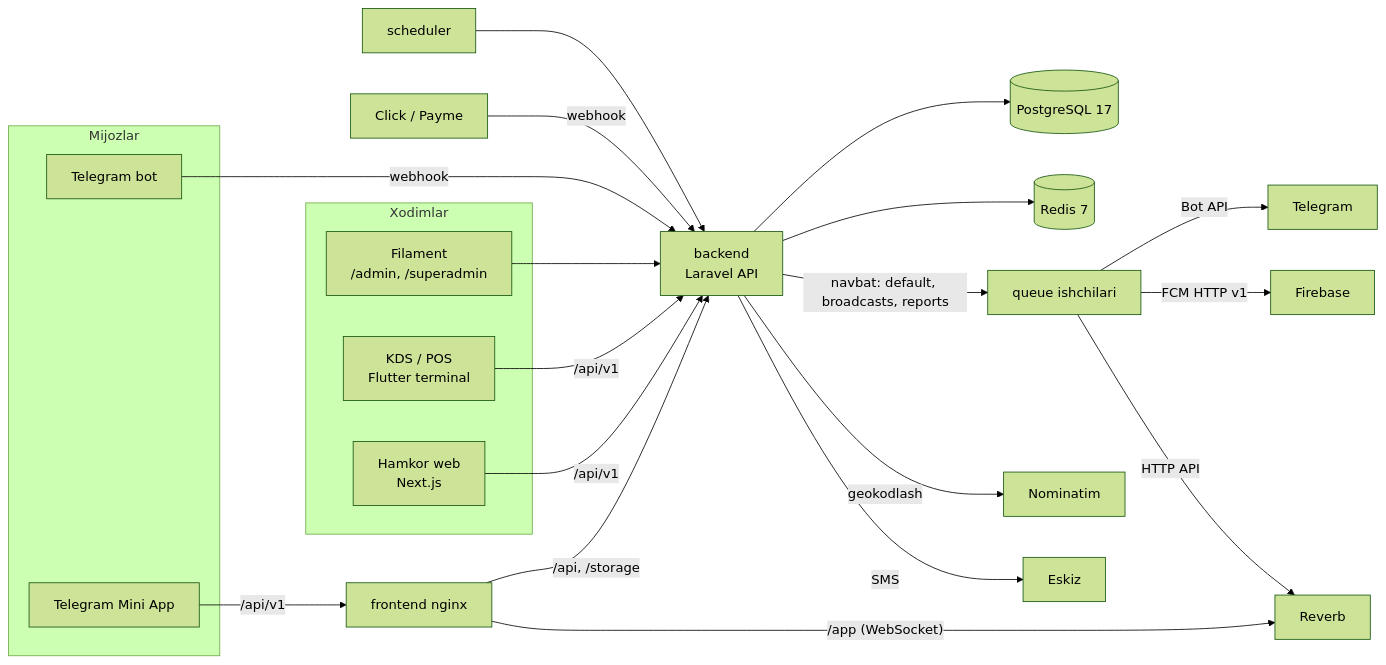
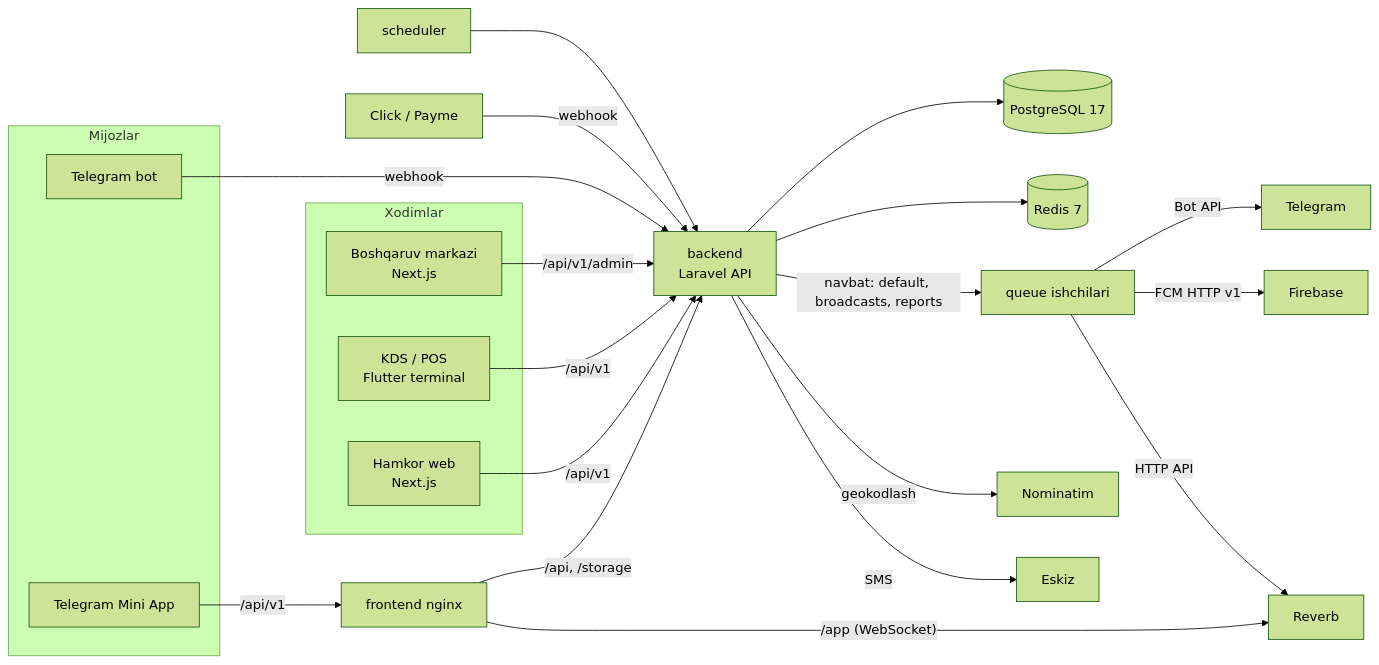
Before and after one commit to BoburKhanUz/rizqim: the first of 3 diagrams in docs/ARCHITECTURE.md, drawn with Mermaid (forest theme). The commit also changed other lines of this file and 329 other files, not shown here.

````diff
--- a/docs/ARCHITECTURE.md
+++ b/docs/ARCHITECTURE.md
@@ -82,29 +83,29 @@
 ```mermaid
 flowchart LR
     subgraph Mijozlar
         TG[Telegram Mini App]
         BOT[Telegram bot]
     end
     subgraph Xodimlar
         PW[Hamkor web<br/>Next.js]
-        FIL[Filament<br/>/admin, /superadmin]
+        ADM[Boshqaruv markazi<br/>Next.js]
         KDS[KDS / POS<br/>Flutter terminal]
     end
     TG -- "/api/v1" --> NGX[frontend nginx]
     NGX -- "/api, /storage" --> API
     NGX -- "/app (WebSocket)" --> REV[Reverb]
     PW -- "/api/v1" --> API
     KDS -- "/api/v1" --> API
-    FIL --> API
+    ADM -- "/api/v1/admin" --> API
     BOT -- webhook --> API[backend<br/>Laravel API]
     PAY[Click / Payme] -- webhook --> API
     API --> PG[(PostgreSQL 17)]
     API --> RD[(Redis 7)]
     API -- "navbat: default, broadcasts, reports" --> Q[queue ishchilari]
     Q -- Bot API --> TGAPI[Telegram]
     Q -- FCM HTTP v1 --> FCM[Firebase]
     Q -- HTTP API --> REV
     SCH[scheduler] --> API
     API -- geokodlash --> NOM[Nominatim]
     API -- SMS --> ESK[Eskiz]
 ```
````
